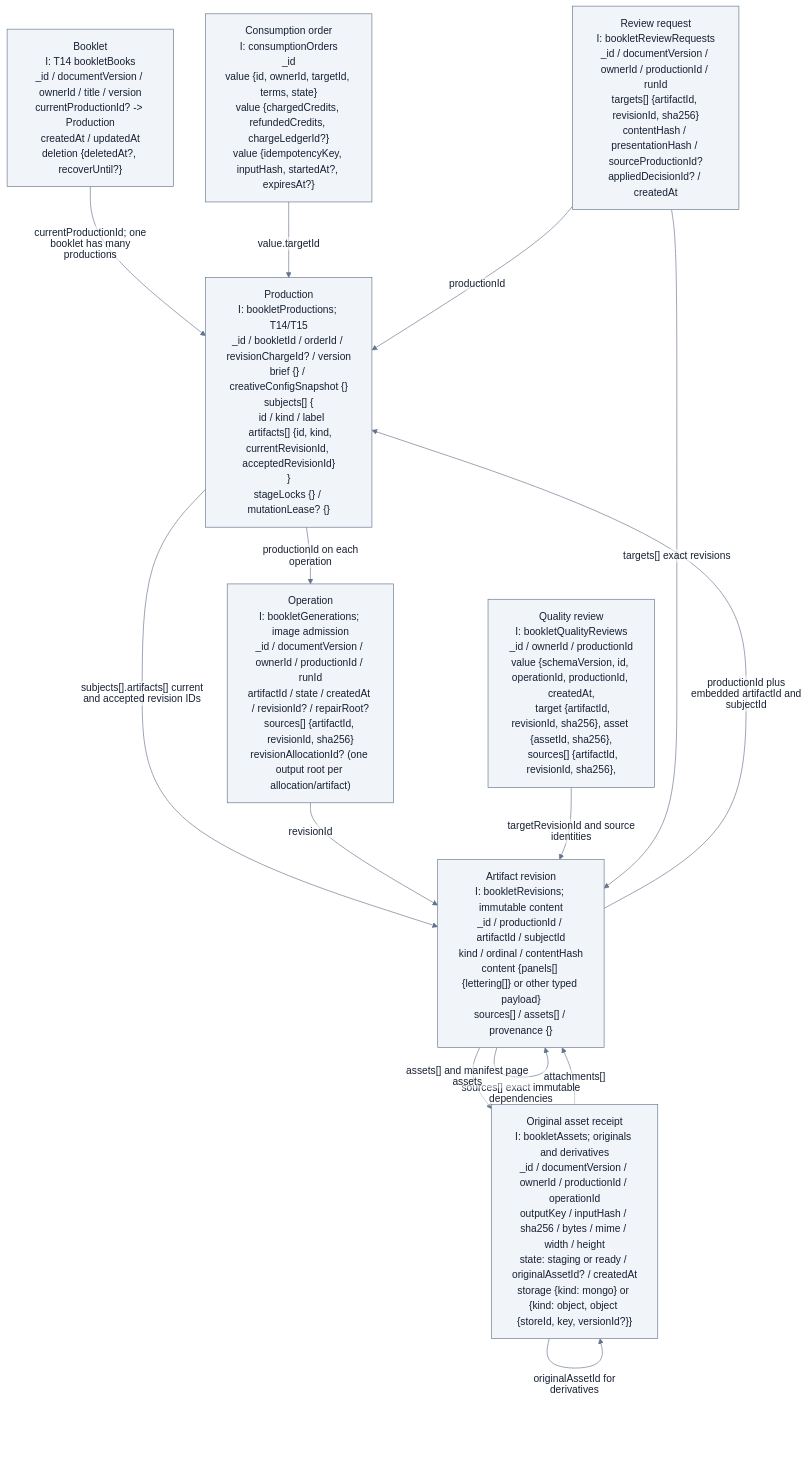
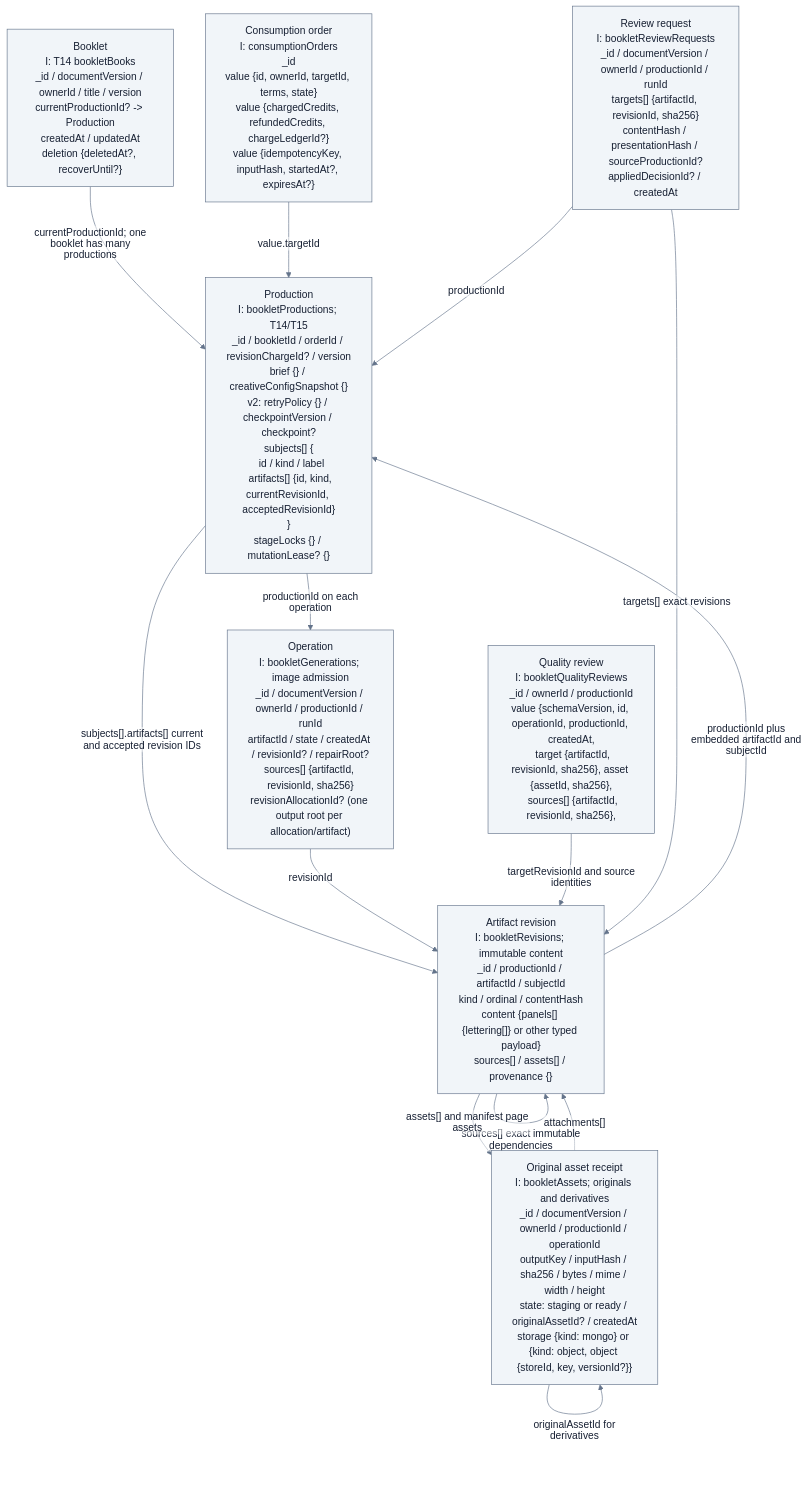
One commit to Uniwares-LTD/unitale changed the diagram in docs/features/booklet-generation/model-core-mermaid.md. Above: the diagram before and after it, drawn with Mermaid. The commit also changed 14 other files, not shown here.

````diff
--- a/docs/features/booklet-generation/model-core-mermaid.md
+++ b/docs/features/booklet-generation/model-core-mermaid.md
@@ -11,25 +11,25 @@
 ```mermaid
 %%{init: {"theme":"base","themeVariables":{"primaryColor":"#f1f5f9","primaryTextColor":"#172033","primaryBorderColor":"#64748b","lineColor":"#64748b","edgeLabelBackground":"#ffffff"},"flowchart":{"htmlLabels":false,"useMaxWidth":false}}}%%
 flowchart TB
   Booklet["Booklet<br/>I: T14 bookletBooks<br/>_id / documentVersion / ownerId / title / version<br/>currentProductionId? -&gt; Production<br/>createdAt / updatedAt<br/>deletion {deletedAt?, recoverUntil?}"]
-  Production["Production<br/>I: bookletProductions; T14/T15<br/>_id / bookletId / orderId / revisionChargeId? / version<br/>brief {} / creativeConfigSnapshot {}<br/>subjects[] {<br/>  id / kind / label<br/>  artifacts[] {id, kind, currentRevisionId, acceptedRevisionId}<br/>}<br/>stageLocks {} / mutationLease? {}"]
+  Production["Production<br/>I: bookletProductions; T14/T15<br/>_id / bookletId / orderId / revisionChargeId? / version<br/>brief {} / creativeConfigSnapshot {}<br/>v2: retryPolicy {} / checkpointVersion / checkpoint?<br/>subjects[] {<br/>  id / kind / label<br/>  artifacts[] {id, kind, currentRevisionId, acceptedRevisionId}<br/>}<br/>stageLocks {} / mutationLease? {}"]
   Artifact_revision["Artifact revision<br/>I: bookletRevisions; immutable content<br/>_id / productionId / artifactId / subjectId<br/>kind / ordinal / contentHash<br/>content {panels[] {lettering[]} or other typed payload}<br/>sources[] / assets[] / provenance {}"]
   Operation["Operation<br/>I: bookletGenerations; image admission<br/>_id / documentVersion / ownerId / productionId / runId<br/>artifactId / state / createdAt / revisionId? / repairRoot?<br/>sources[] {artifactId, revisionId, sha256}<br/>revisionAllocationId? (one output root per allocation/artifact)"]
   Quality_review["Quality review<br/>I: bookletQualityReviews<br/>_id / ownerId / productionId<br/>value {schemaVersion, id, operationId, productionId, createdAt,<br/>  target {artifactId, revisionId, sha256}, asset {assetId, sha256},<br/>  sources[] {artifactId, revisionId, sha256},"]
   Original_asset_receipt["Original asset receipt<br/>I: bookletAssets; originals and derivatives<br/>_id / documentVersion / ownerId / productionId / operationId<br/>outputKey / inputHash / sha256 / bytes / mime / width / height<br/>state: staging or ready / originalAssetId? / createdAt<br/>storage {kind: mongo} or {kind: object, object {storeId, key, versionId?}}"]
   Consumption_order["Consumption order<br/>I: consumptionOrders<br/>_id<br/>value {id, ownerId, targetId, terms, state}<br/>value {chargedCredits, refundedCredits, chargeLedgerId?}<br/>value {idempotencyKey, inputHash, startedAt?, expiresAt?}"]
   Review_request["Review request<br/>I: bookletReviewRequests<br/>_id / documentVersion / ownerId / productionId / runId<br/>targets[] {artifactId, revisionId, sha256}<br/>contentHash / presentationHash / sourceProductionId?<br/>appliedDecisionId? / createdAt"]
   Booklet -->|"currentProductionId; one booklet has many productions"| Production
   Production -->|"subjects[].artifacts[] current and accepted revision IDs"| Artifact_revision
   Artifact_revision -->|"productionId plus embedded artifactId and subjectId"| Production
   Artifact_revision -->|"sources[] exact immutable dependencies"| Artifact_revision
   Production -->|"productionId on each operation"| Operation
   Operation -->|"revisionId"| Artifact_revision
   Quality_review -->|"targetRevisionId and source identities"| Artifact_revision
   Artifact_revision -->|"assets[] and manifest page assets"| Original_asset_receipt
   Consumption_order -->|"value.targetId"| Production
   Review_request -->|"productionId"| Production
   Review_request -->|"targets[] exact revisions"| Artifact_revision
   Original_asset_receipt -->|"attachments[]"| Artifact_revision
   Original_asset_receipt -->|"originalAssetId for derivatives"| Original_asset_receipt
 ```
````
